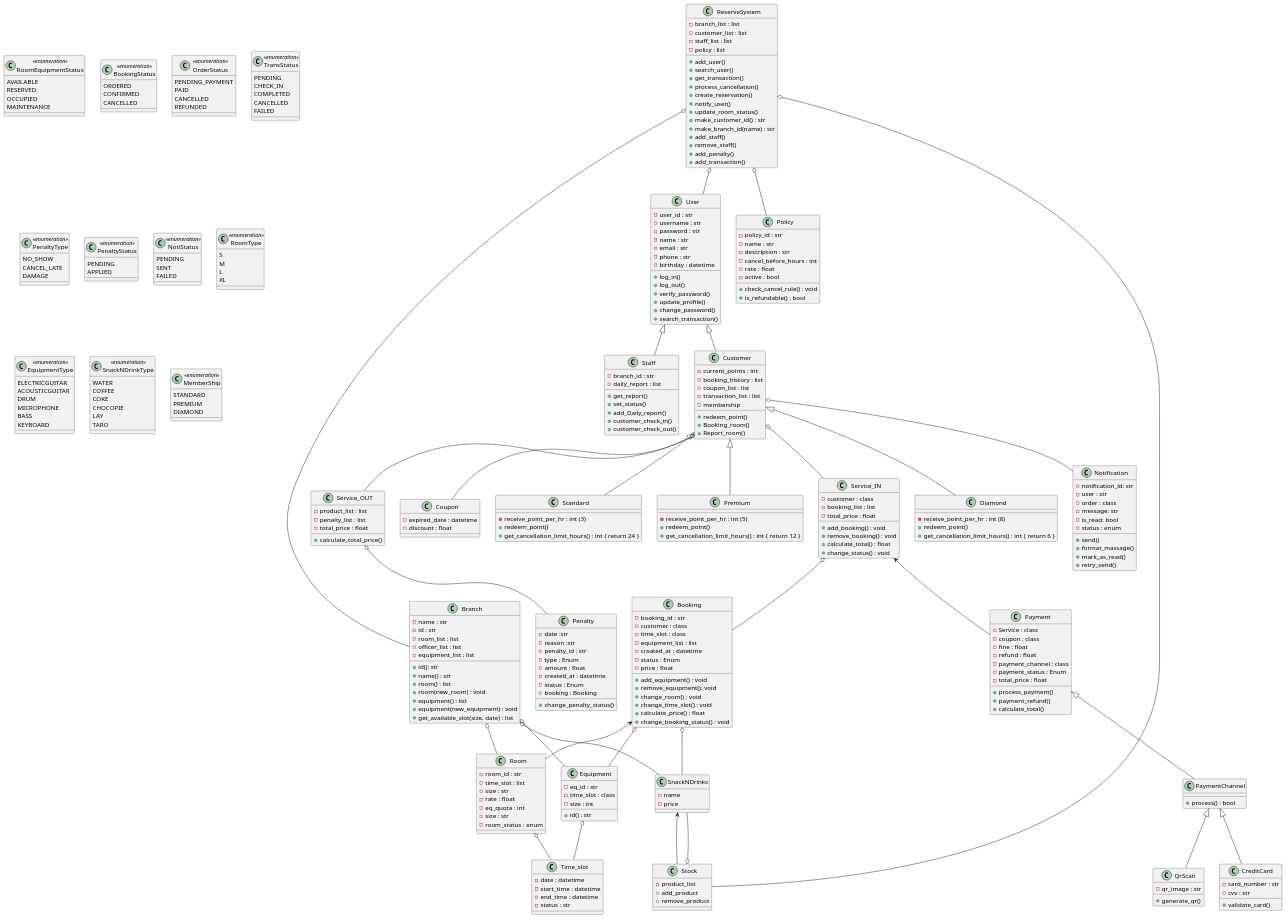
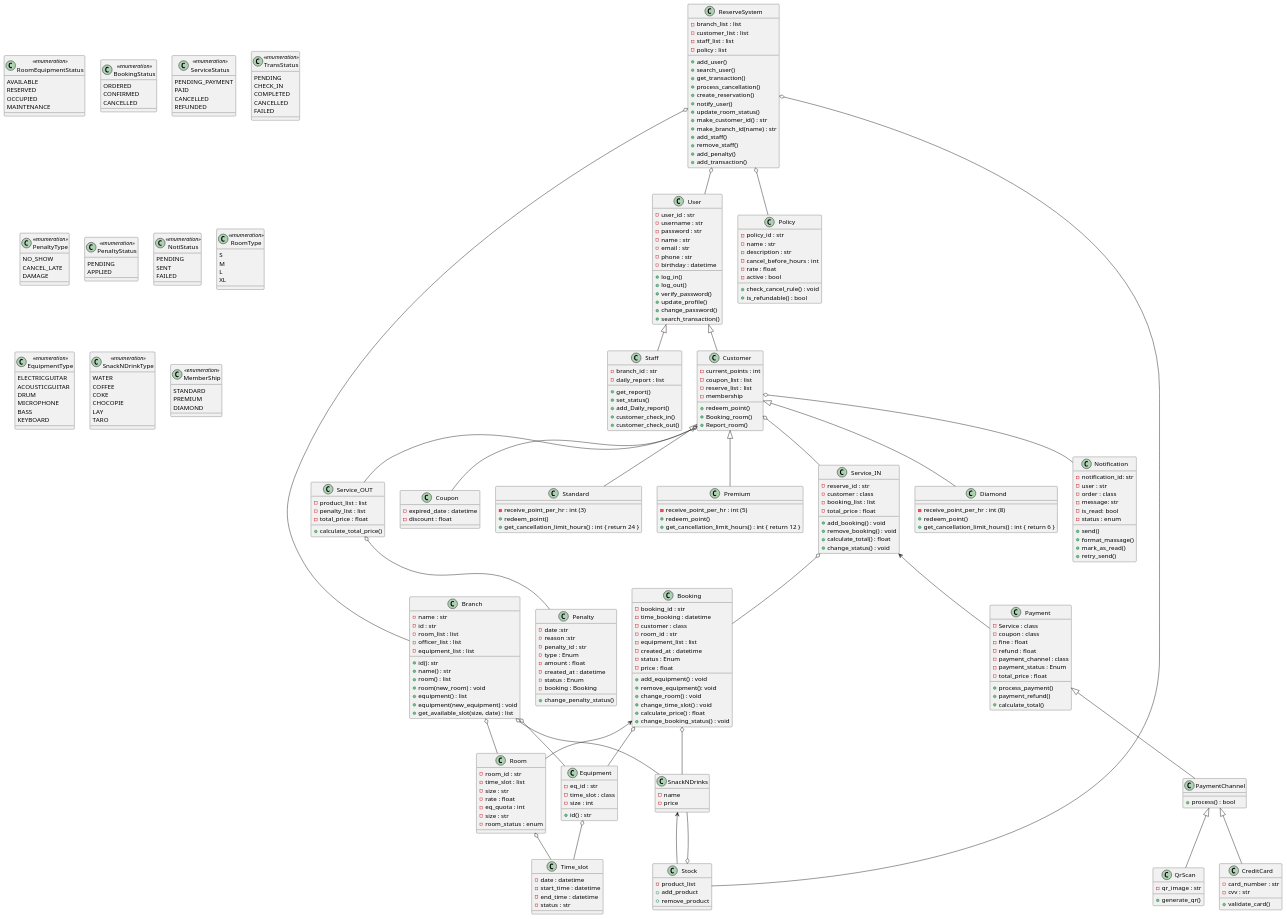
One commit to pjngth998/RhythmReserve changed the diagram in diagram/class_diagram.puml. Above: the diagram before and after it, drawn with PlantUML.

Commit message:
edit class_diagram

```diff
--- a/diagram/class_diagram.puml
+++ b/diagram/class_diagram.puml
@@ -79,8 +79,10 @@
 
 class Booking {
     -booking_id : str
+    -time_booking : datetime
     -customer : class
-    -time_slot : class
+    ' -time_slot : class
+    -room_id : str
     -equipment_list : list
     -created_at : datetime
     -status : Enum
@@ -94,14 +96,16 @@
     +change_booking_status() : void
 }
 
-class OrderStatus <<enumeration>> {
+class ServiceStatus <<enumeration>> {
     PENDING_PAYMENT
     PAID
     CANCELLED
     REFUNDED
 }
 
+' คือ ที่เก็บของการจองใน 1 ครั้งว่ามีห้องอะไรบ้าง
 class Service_IN{
+    -reserve_id : str
     -customer : class
     -booking_list : list
     -total_price : float
@@ -189,9 +193,9 @@
 
 class Customer{
     -current_points : int
-    -booking_history : list
+    ' -booking_history : list
     -coupon_list : list
-    -transaction_list : list 
+    -reserve_list : list 
     -membership 
     +redeem_point()
     +Booking_room()
```
